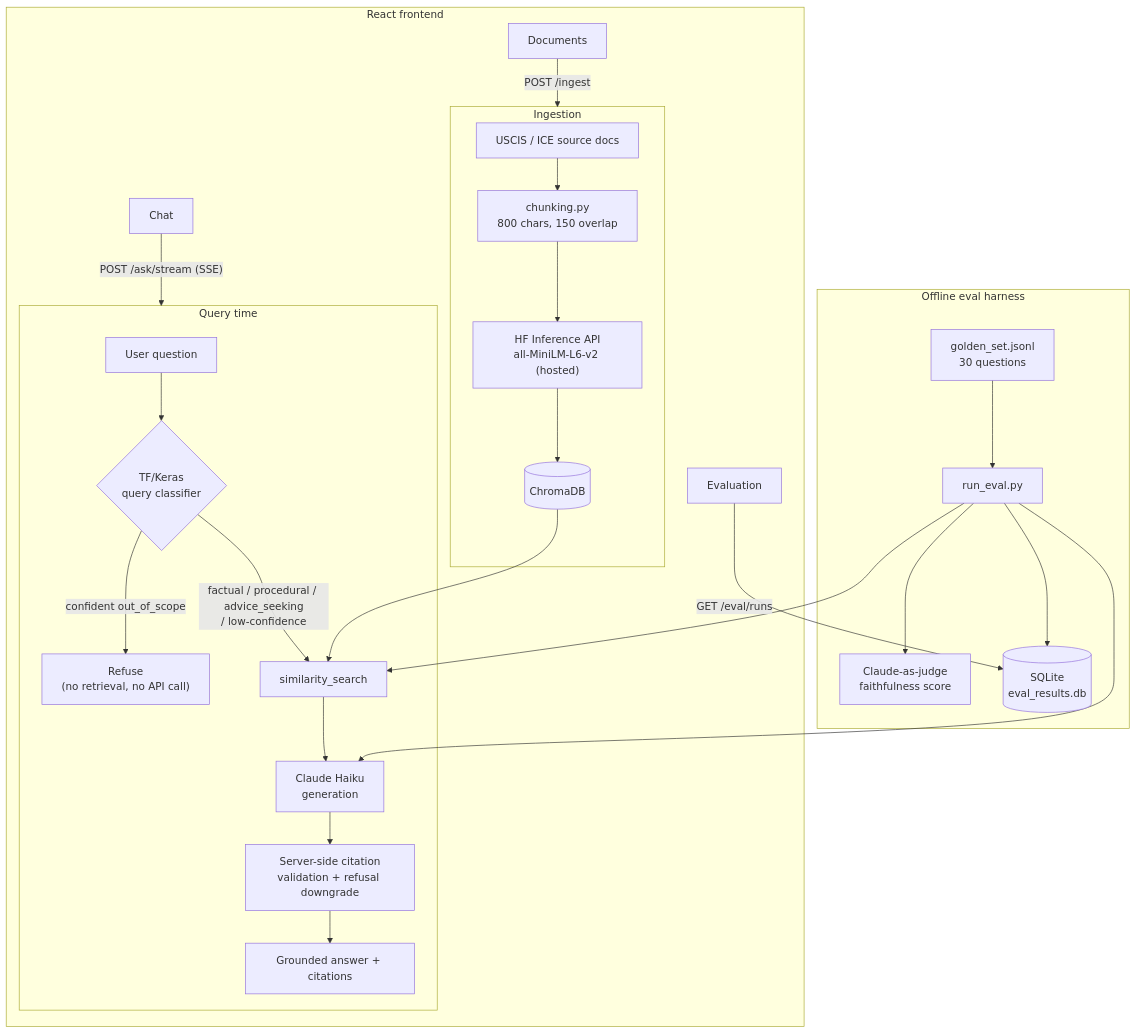
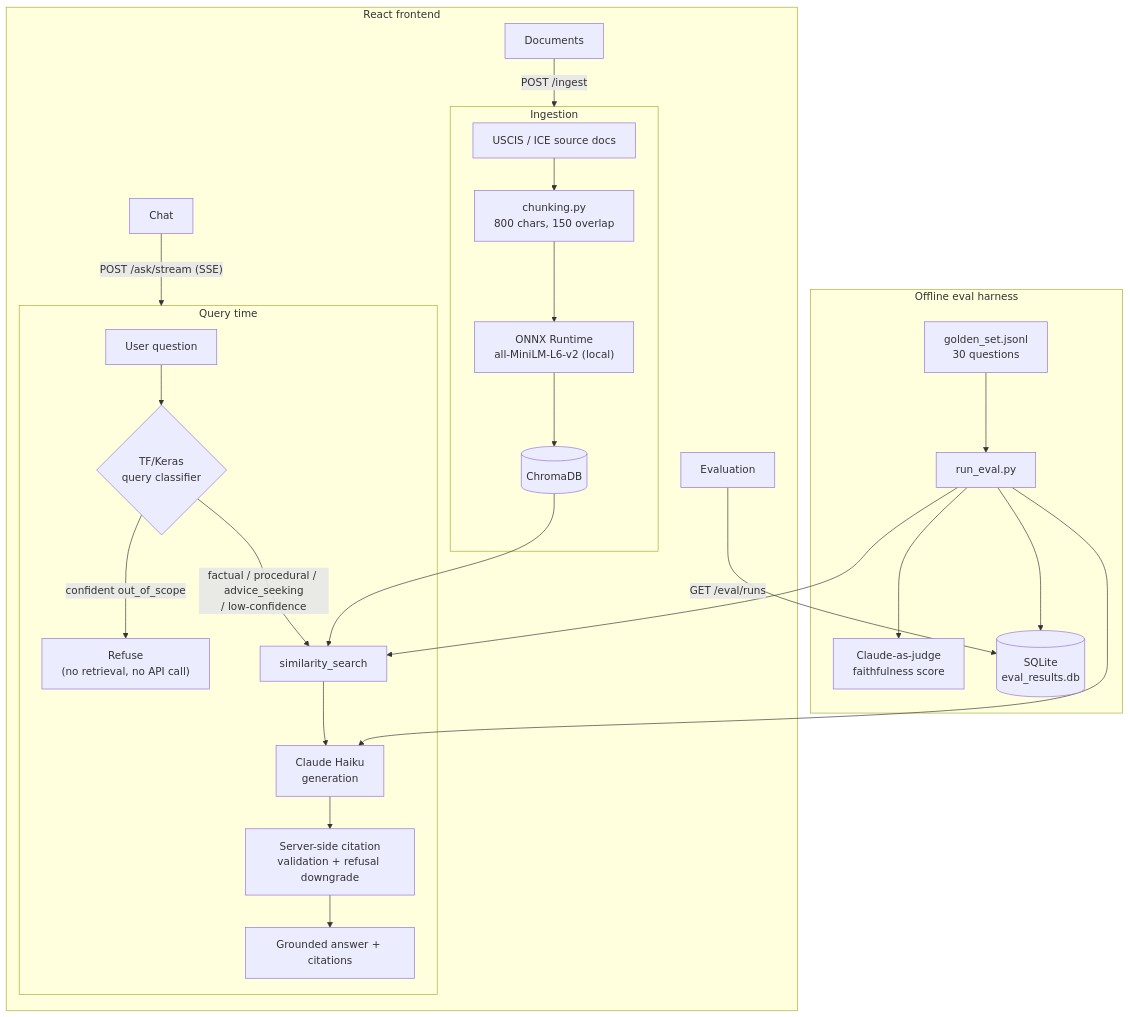
The diagram in README.md (Dhruvshelke15/veritas), drawn with Mermaid before and after one commit. The commit also changed other lines of this file and 11 other files, not shown here.

````diff
--- a/README.md
+++ b/README.md
@@ -13,32 +13,32 @@
 ```mermaid
 flowchart TB
     subgraph ingest["Ingestion"]
         Corpus["USCIS / ICE source docs"] --> Chunker["chunking.py<br/>800 chars, 150 overlap"]
-        Chunker --> Embed["HF Inference API<br/>all-MiniLM-L6-v2 (hosted)"]
+        Chunker --> Embed["ONNX Runtime<br/>all-MiniLM-L6-v2 (local)"]
         Embed --> Chroma[("ChromaDB")]
     end
 
     subgraph query["Query time"]
         Question["User question"] --> Classifier{"TF/Keras<br/>query classifier"}
         Classifier -->|"confident out_of_scope"| Reject["Refuse<br/>(no retrieval, no API call)"]
         Classifier -->|"factual / procedural / advice_seeking<br/>/ low-confidence"| Retrieve["similarity_search"]
         Chroma --> Retrieve
         Retrieve --> Claude["Claude Haiku<br/>generation"]
         Claude --> Validate["Server-side citation<br/>validation + refusal downgrade"]
         Validate --> Answer["Grounded answer + citations"]
     end
 
     subgraph eval["Offline eval harness"]
         Golden["golden_set.jsonl<br/>30 questions"] --> Runner["run_eval.py"]
         Runner --> Retrieve
         Runner --> Claude
         Runner --> Judge["Claude-as-judge<br/>faithfulness score"]
         Runner --> EvalDB[("SQLite<br/>eval_results.db")]
     end
 
     subgraph frontend["React frontend"]
         Chat["Chat"] -->|"POST /ask/stream (SSE)"| query
         UploadUI["Documents"] -->|"POST /ingest"| ingest
         EvalUI["Evaluation"] -->|"GET /eval/runs"| EvalDB
     end
 ```
````
